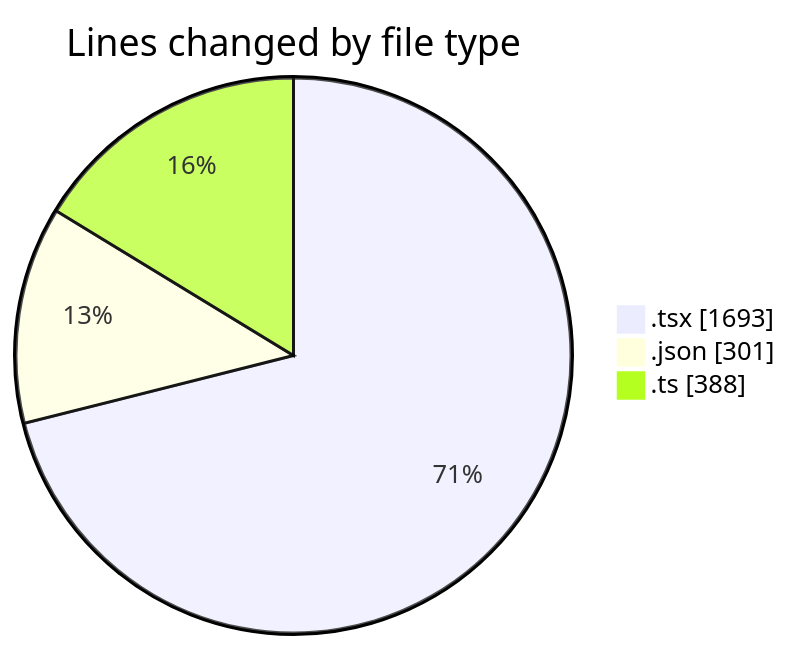
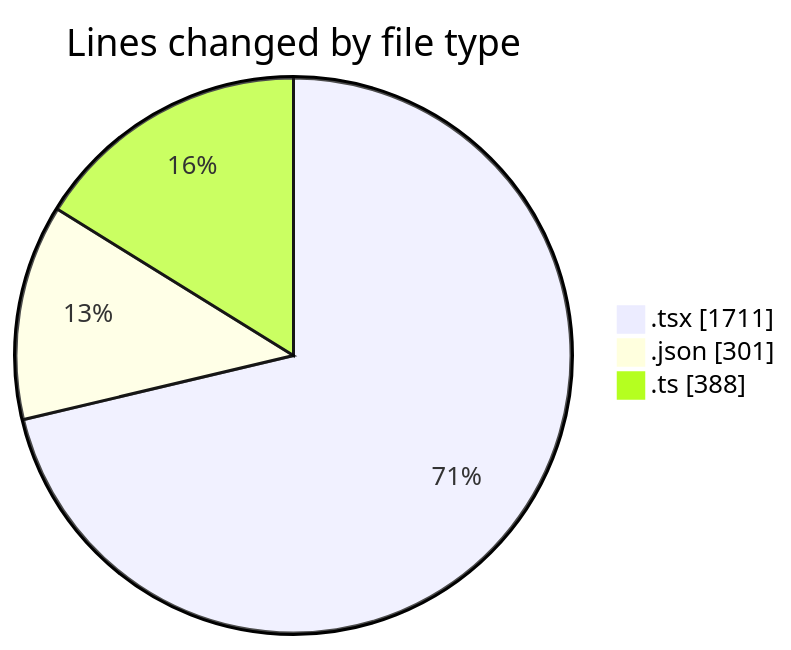
The first of 2 diagrams in 2025-10-11/eventscop-frontend-guide__workspace_/README.md (julien-gomy/code-tracking), drawn with Mermaid before and after one commit. The commit also changed other lines of this file and 1 other file, not shown here.

````diff
--- a/2025-10-11/eventscop-frontend-guide__workspace_/README.md
+++ b/2025-10-11/eventscop-frontend-guide__workspace_/README.md
@@ -38,7 +38,7 @@
 ```mermaid
 pie showData
 title Lines changed by file type
-".tsx" : 1693
+".tsx" : 1711
 ".json" : 301
 ".ts" : 388
 ```
````
